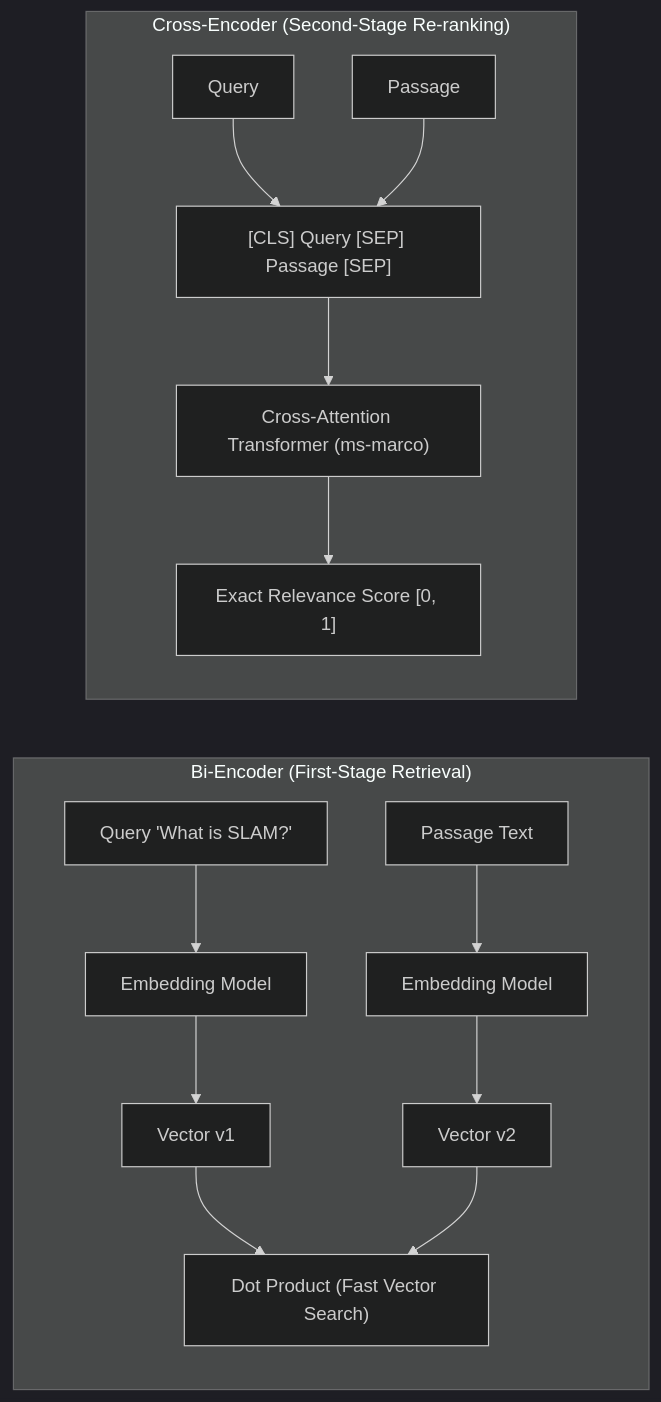
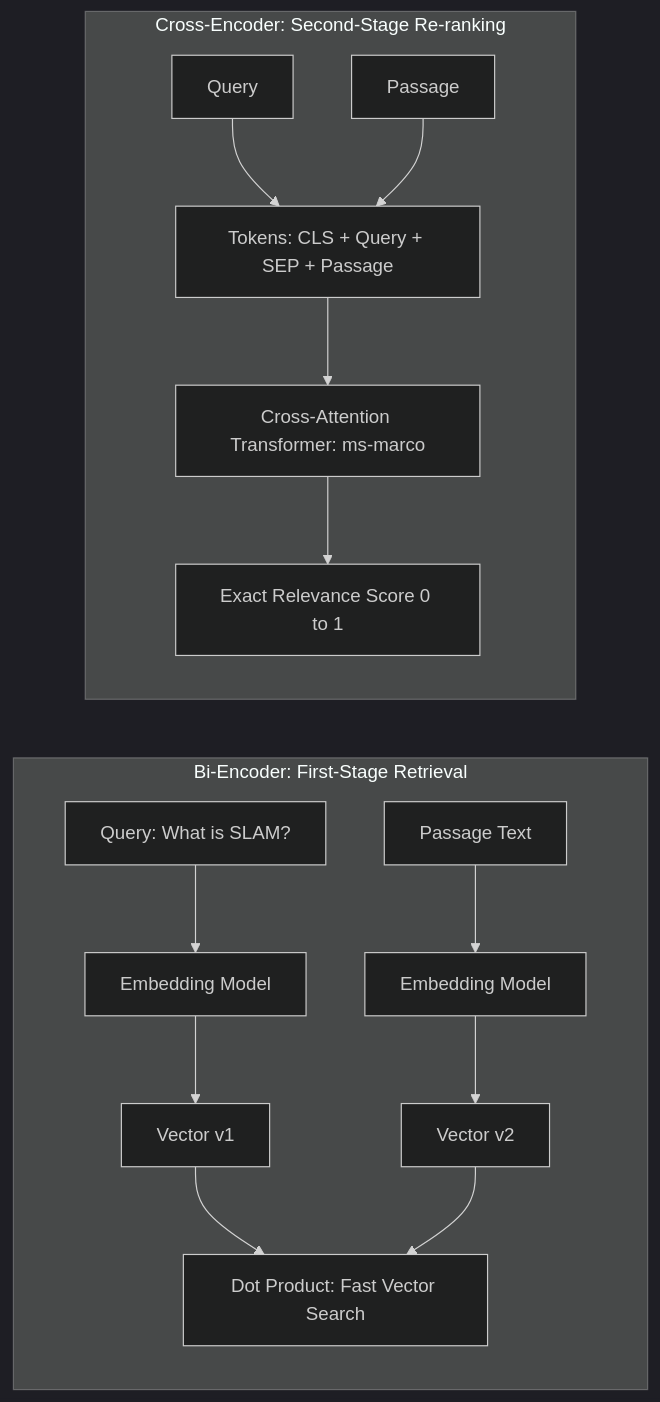
Before and after one commit to sprproductivity-png/RAG: the second of 5 diagrams in walkthrough.md, drawn with Mermaid (dark theme). The commit also changed other lines of this file, not shown here.

````diff
--- a/walkthrough.md
+++ b/walkthrough.md
@@ -179,14 +179,14 @@
 ```mermaid
 flowchart LR
-    subgraph BiEncoder ["Bi-Encoder (First-Stage Retrieval)"]
-        Q1["Query 'What is SLAM?'"] --> E1["Embedding Model"] --> V1["Vector v1"]
+    subgraph BiEncoder ["Bi-Encoder: First-Stage Retrieval"]
+        Q1["Query: What is SLAM?"] --> E1["Embedding Model"] --> V1["Vector v1"]
         D1["Passage Text"] --> E2["Embedding Model"] --> V2["Vector v2"]
-        V1 & V2 --> DotProd["Dot Product (Fast Vector Search)"]
+        V1 & V2 --> DotProd["Dot Product: Fast Vector Search"]
     end
 
-    subgraph CrossEncoder ["Cross-Encoder (Second-Stage Re-ranking)"]
-        Q2["Query"] & D2["Passage"] --> Concat["[CLS] Query [SEP] Passage [SEP]"]
-        Concat --> BERT["Cross-Attention Transformer (ms-marco)"]
-        BERT --> Score["Exact Relevance Score [0, 1]"]
+    subgraph CrossEncoder ["Cross-Encoder: Second-Stage Re-ranking"]
+        Q2["Query"] & D2["Passage"] --> Concat["Tokens: CLS + Query + SEP + Passage"]
+        Concat --> BERT["Cross-Attention Transformer: ms-marco"]
+        BERT --> Score["Exact Relevance Score 0 to 1"]
     end
 ```
````
